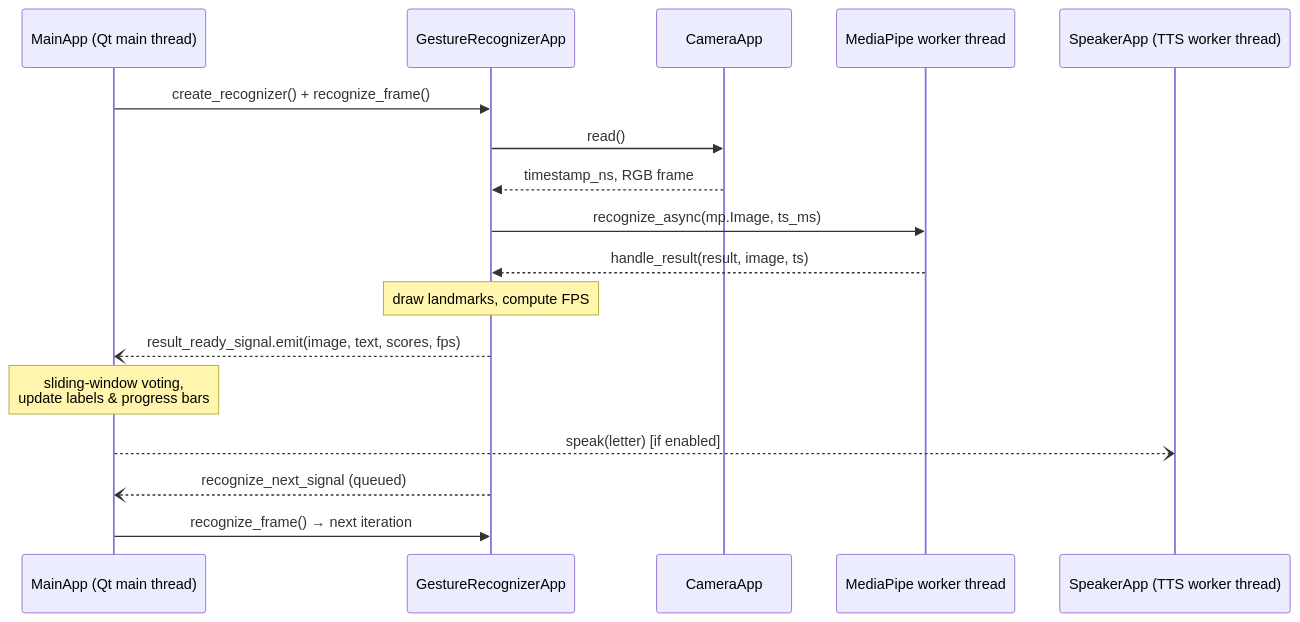
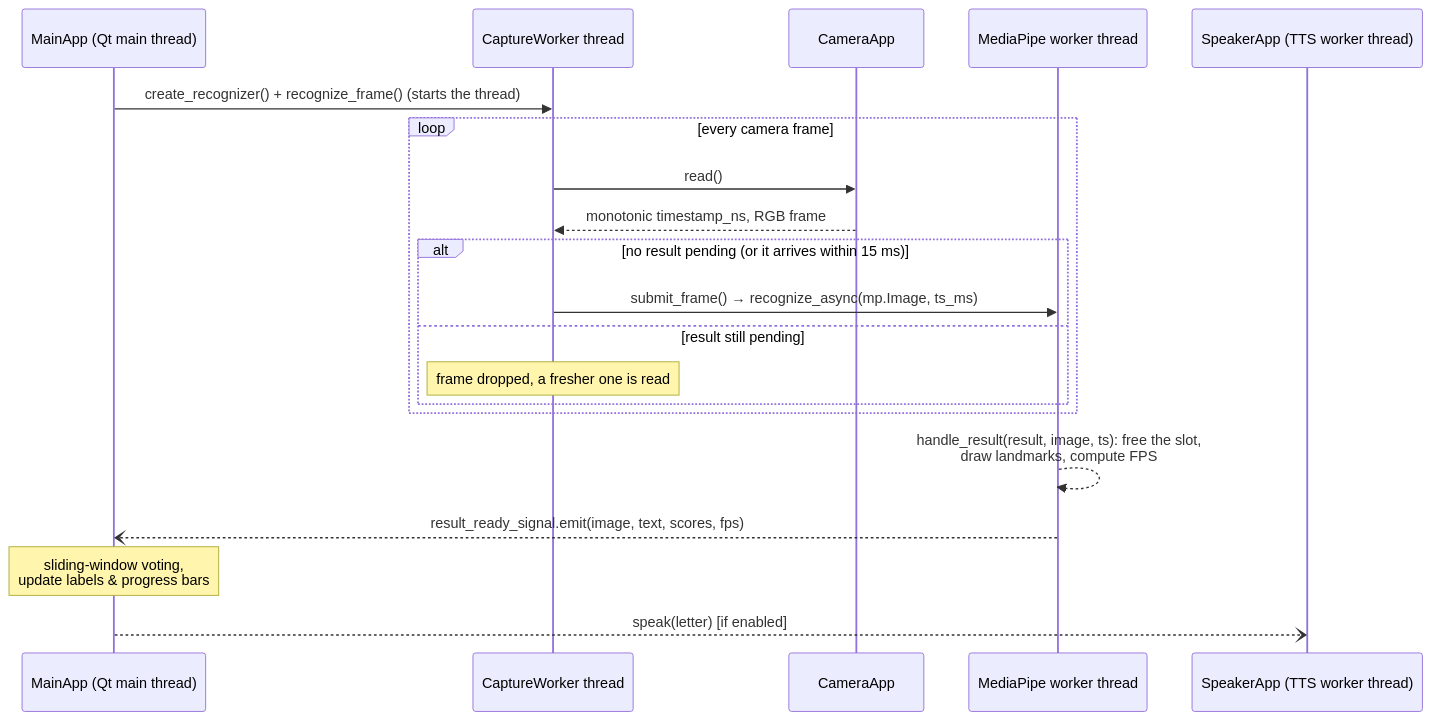
Before and after one commit to DXtR1337/AI_sign_language_translator: the second of 2 diagrams in docs/TECHNICAL_DOCUMENTATION.md, drawn with Mermaid. The commit also changed other lines of this file and 8 other files, not shown here.

````diff
--- a/docs/TECHNICAL_DOCUMENTATION.md
+++ b/docs/TECHNICAL_DOCUMENTATION.md
@@ -83,20 +83,23 @@
 ```mermaid
 sequenceDiagram
     participant M as MainApp (Qt main thread)
-    participant R as GestureRecognizerApp
+    participant W as CaptureWorker thread
     participant C as CameraApp
     participant MP as MediaPipe worker thread
     participant T as SpeakerApp (TTS worker thread)
 
-    M->>R: create_recognizer() + recognize_frame()
-    R->>C: read()
-    C-->>R: timestamp_ns, RGB frame
-    R->>MP: recognize_async(mp.Image, ts_ms)
-    MP-->>R: handle_result(result, image, ts)
-    Note over R: draw landmarks, compute FPS
-    R--)M: result_ready_signal.emit(image, text, scores, fps)
+    M->>W: create_recognizer() + recognize_frame() (starts the thread)
+    loop every camera frame
+        W->>C: read()
+        C-->>W: monotonic timestamp_ns, RGB frame
+        alt no result pending (or it arrives within 15 ms)
+            W->>MP: submit_frame() → recognize_async(mp.Image, ts_ms)
+        else result still pending
+            Note over W: frame dropped, a fresher one is read
+        end
+    end
+    MP-->>MP: handle_result(result, image, ts): free the slot,<br/>draw landmarks, compute FPS
+    MP--)M: result_ready_signal.emit(image, text, scores, fps)
     Note over M: sliding-window voting,<br/>update labels & progress bars
     M--)T: speak(letter)  [if enabled]
-    R--)M: recognize_next_signal (queued)
-    M->>R: recognize_frame()  → next iteration
 ```
````
